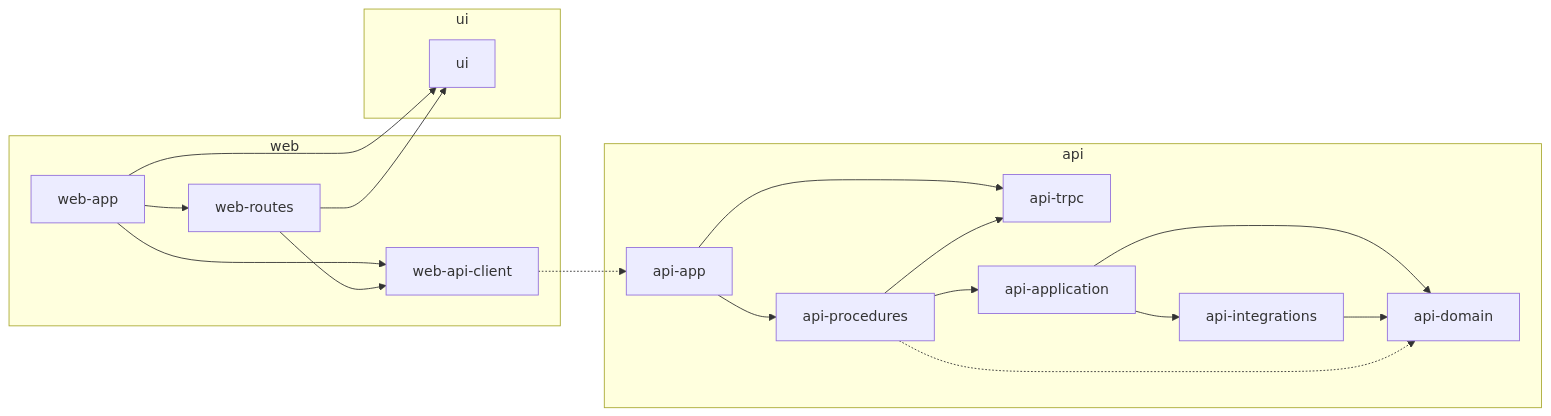
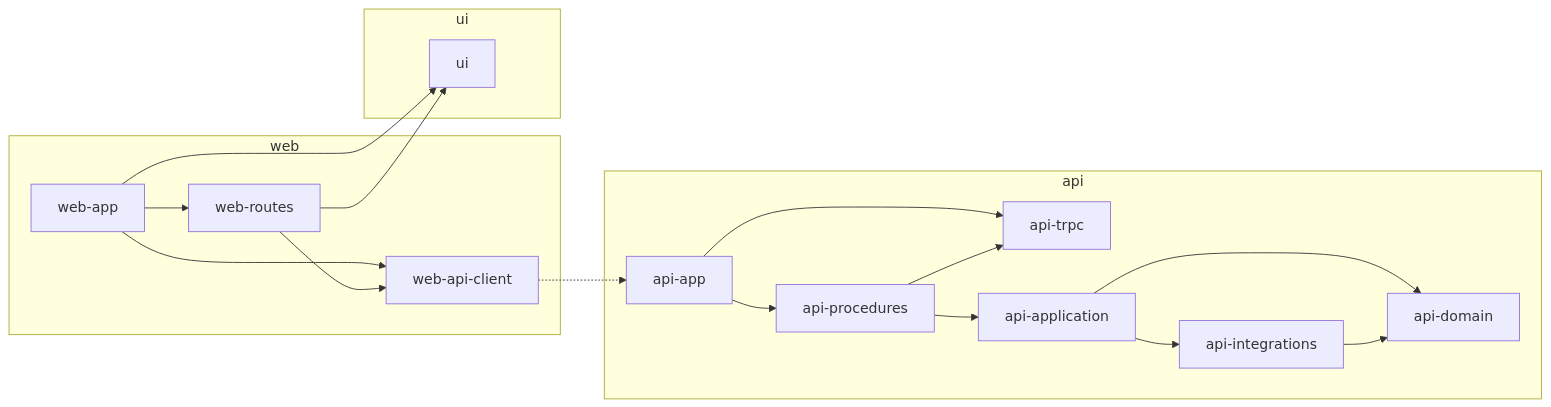
Before and after one commit to BenSheridanEdwards/AgenticRepoTemplate: the diagram in showcase/todo-03/architecture.mmd, drawn with Mermaid. The commit also changed 262 other files, not shown here.

```diff
--- a/showcase/todo-03/architecture.mmd
+++ b/showcase/todo-03/architecture.mmd
@@ -1,32 +1,31 @@
 %% Generated by tooling/architecture/diagram.mjs (pnpm arch:diagram): result todo-03 (showcase/todo-03), the role edges of Fallow's import graph. Do not edit.
 flowchart LR
   subgraph kind_web["web"]
     web_app["web-app"]
     web_api_client["web-api-client"]
     web_routes["web-routes"]
   end
   subgraph kind_api["api"]
     api_app["api-app"]
     api_trpc["api-trpc"]
     api_procedures["api-procedures"]
     api_application["api-application"]
     api_domain["api-domain"]
     api_integrations["api-integrations"]
   end
   subgraph kind_ui["ui"]
     ui["ui"]
   end
   api_app --> api_procedures
   api_app --> api_trpc
   api_application --> api_domain
   api_application --> api_integrations
   api_integrations --> api_domain
   api_procedures --> api_application
-  api_procedures -.-> api_domain
   api_procedures --> api_trpc
   web_api_client -.-> api_app
   web_app --> ui
   web_app --> web_api_client
   web_app --> web_routes
   web_routes --> ui
   web_routes --> web_api_client
```
